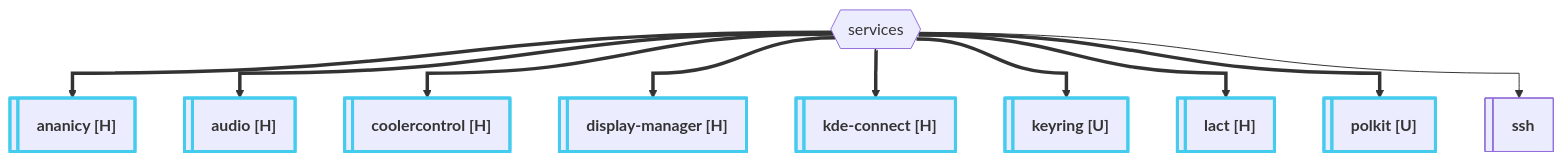
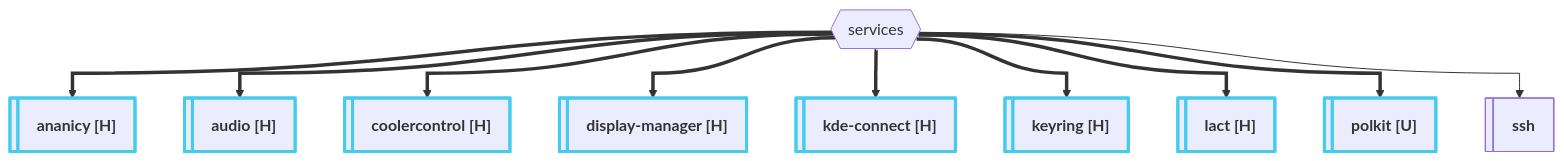
The third of 3 diagrams in readme.md (Gwenodai/nixos), drawn with Mermaid before and after one commit. The commit also changed other lines of this file and 20 other files, not shown here.

````diff
--- a/readme.md
+++ b/readme.md
@@ -114,30 +117,30 @@
 ```mermaid
 ---
 config:
   flowchart:
     curve: bumpX
 ---
 flowchart TD
   classDef bold stroke:#4ce, stroke-width:3px
 
   services{{"services"}}
     s_ananicy["`**ananicy [H]**`"]:::bold@{shape: lin-rect}
     s_audio["`**audio [H]**`"]:::bold@{shape: lin-rect}
     s_coolercontrol["`**coolercontrol [H]**`"]:::bold@{shape: lin-rect}
     s_display-manager["`**display-manager [H]**`"]:::bold@{shape: lin-rect}
     s_kde-connect["`**kde-connect [H]**`"]:::bold@{shape: lin-rect}
-    s_keyring["`**keyring [U]**`"]:::bold@{shape: lin-rect}
+    s_keyring["`**keyring [H]**`"]:::bold@{shape: lin-rect}
     s_lact["`**lact [H]**`"]:::bold@{shape: lin-rect}
     s_polkit["`**polkit [U]**`"]:::bold@{shape: lin-rect}
     s_ssh["`**ssh**`"]@{shape: lin-rect}
 
   services ==> s_ananicy
   services ==> s_audio
   services ==> s_coolercontrol
   services ==> s_display-manager
   services ==> s_kde-connect
   services ==> s_keyring
   services ==> s_lact
   services ==> s_polkit
   services --> s_ssh
 ```
````
